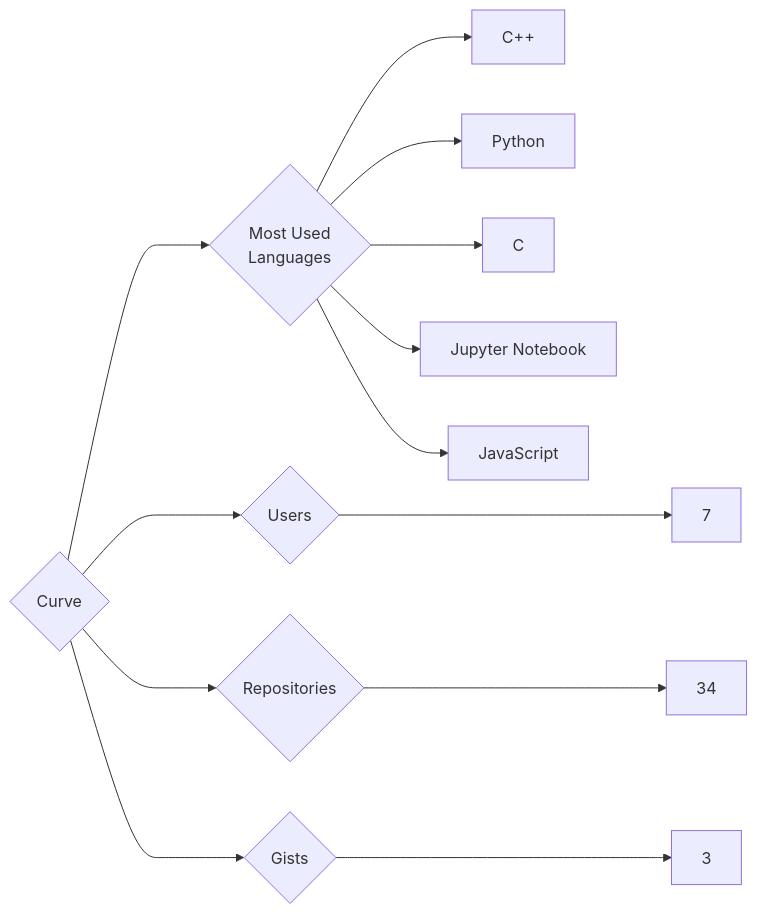
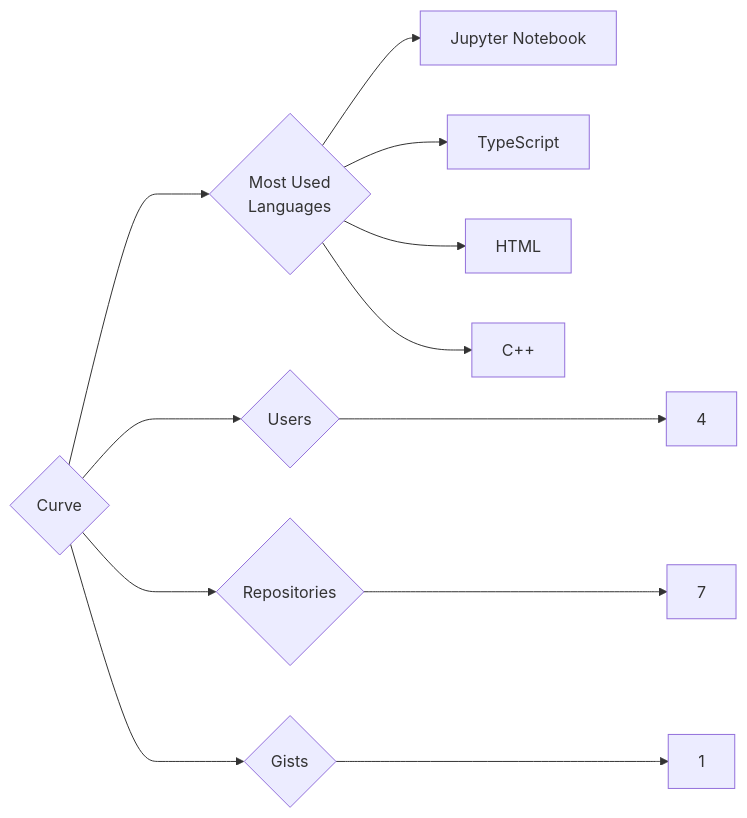
One commit to trickest/insiders changed the diagram in targets/Curve/README.md. Above: the diagram before and after it, drawn with Mermaid. The commit also changed 724 other files, not shown here.

````diff
--- a/targets/Curve/README.md
+++ b/targets/Curve/README.md
@@ -3,13 +3,12 @@
 ```mermaid
 graph LR
 COMPANY_NAME{Curve}
-COMPANY_NAME ---> U{Users} ---> UN[7]
-COMPANY_NAME ---> R{Repositories} ---> RN[34]
-COMPANY_NAME ---> G{Gists} ---> GN[3]
+COMPANY_NAME ---> U{Users} ---> UN[4]
+COMPANY_NAME ---> R{Repositories} ---> RN[7]
+COMPANY_NAME ---> G{Gists} ---> GN[1]
 COMPANY_NAME ---> ML{Most Used<br>Languages}
+ML --> Jupyter_Notebook[Jupyter Notebook]
+ML --> TypeScript[TypeScript]
+ML --> HTML[HTML]
 ML --> C++[C++]
-ML --> Python[Python]
-ML --> C[C]
-ML --> Jupyter_Notebook[Jupyter Notebook]
-ML --> JavaScript[JavaScript]
 ```
````
